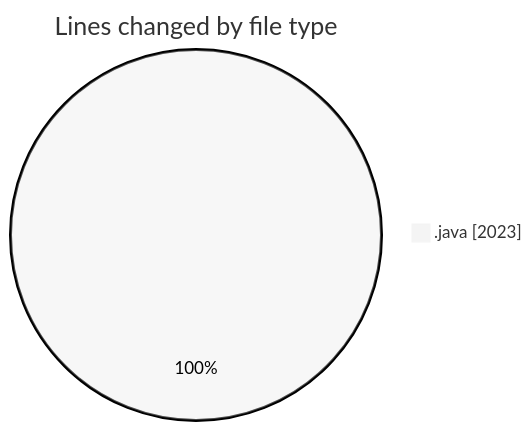
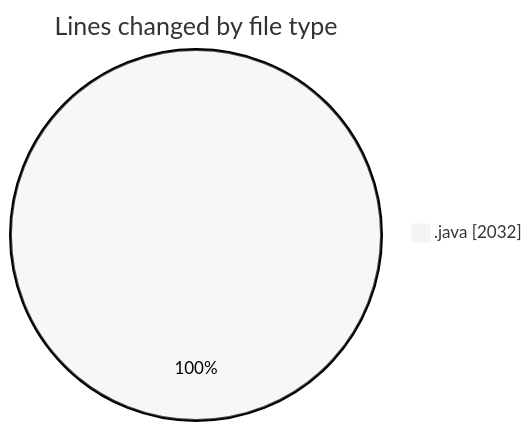
One commit to ricardozamudiocil/code-tracking changed the first of 2 diagrams in 2026-04-30/cilapp/README.md. Above: the diagram before and after it, drawn with Mermaid (neutral theme). The commit also changed other lines of this file and 1 other file, not shown here.

````diff
--- a/2026-04-30/cilapp/README.md
+++ b/2026-04-30/cilapp/README.md
@@ -24,5 +24,5 @@
 ```mermaid
 pie showData
 title Lines changed by file type
-".java" : 2023
+".java" : 2032
 ```
````
